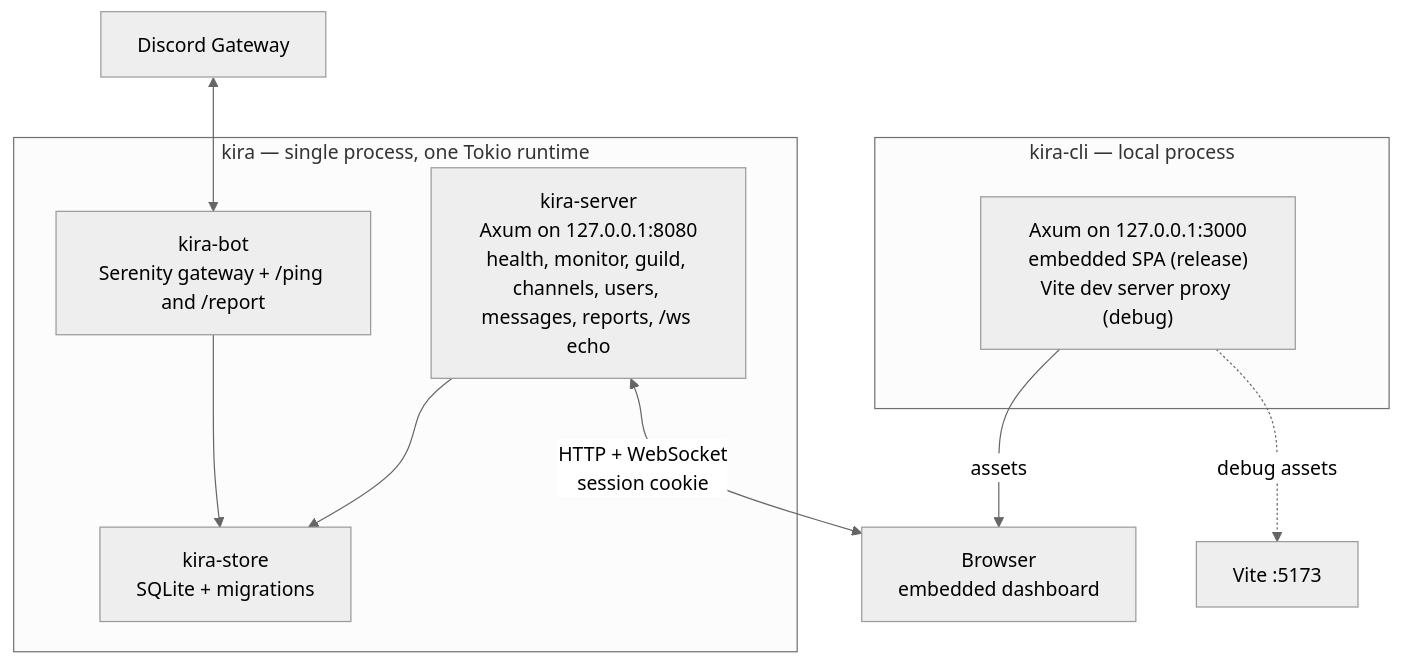
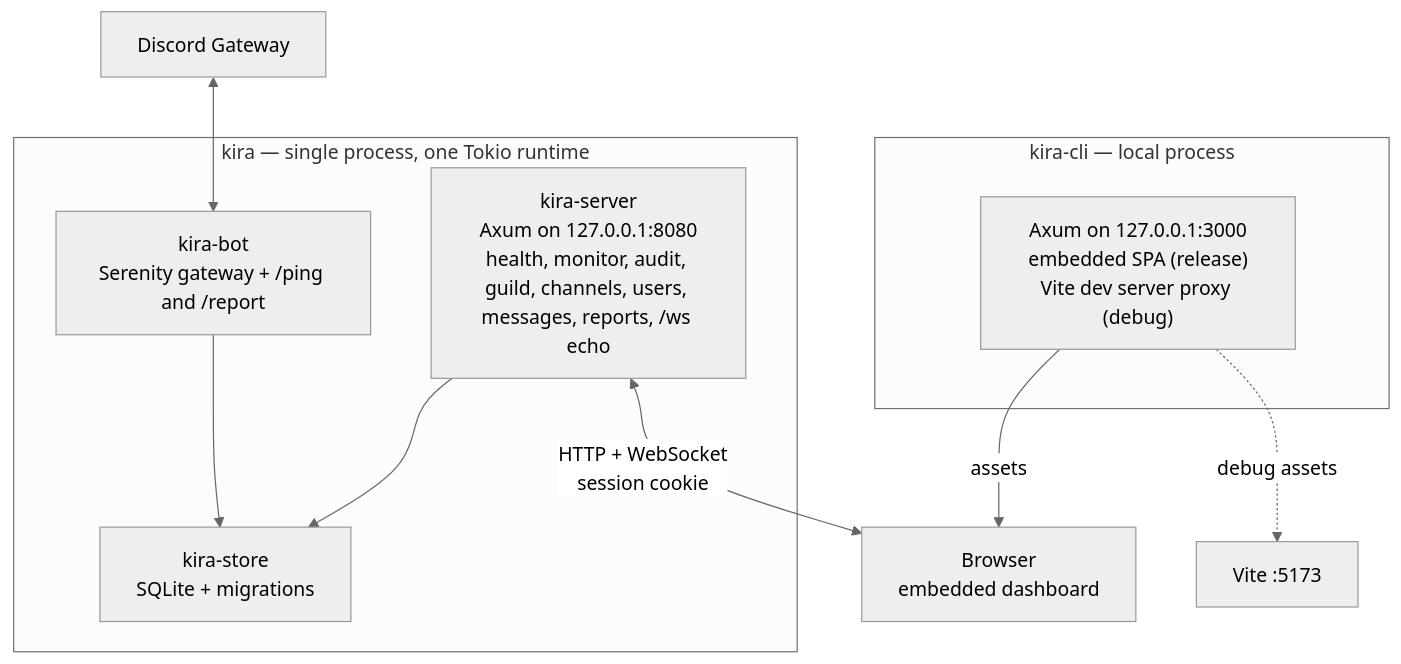
The first of 2 diagrams in docs/ARCHITECTURE.md (merzen-sh/kira), drawn with Mermaid (neutral theme) before and after one commit. The commit also changed other lines of this file and 25 other files, not shown here.

````diff
--- a/docs/ARCHITECTURE.md
+++ b/docs/ARCHITECTURE.md
@@ -23,23 +23,23 @@
 ```mermaid
 flowchart TB
     GW["Discord Gateway"]
 
     subgraph KIRA["kira — single process, one Tokio runtime"]
         BOT["kira-bot<br/>Serenity gateway + /ping and /report"]
-        SERVER["kira-server<br/>Axum on 127.0.0.1:8080<br/>health, monitor, guild, channels, users, messages, reports, /ws echo"]
+        SERVER["kira-server<br/>Axum on 127.0.0.1:8080<br/>health, monitor, audit, guild, channels, users, messages, reports, /ws echo"]
         STORE["kira-store<br/>SQLite + migrations"]
     end
 
     subgraph LOCAL["kira-cli — local process"]
         CLI["Axum on 127.0.0.1:3000<br/>embedded SPA (release)<br/>Vite dev server proxy (debug)"]
     end
 
     BROWSER["Browser<br/>embedded dashboard"]
 
     GW <--> BOT
     BOT --> STORE
     SERVER --> STORE
     SERVER <-->|"HTTP + WebSocket<br/>session cookie"| BROWSER
     CLI -->|"assets"| BROWSER
     CLI -.->|"debug assets"| VITE["Vite :5173"]
 ```
````
